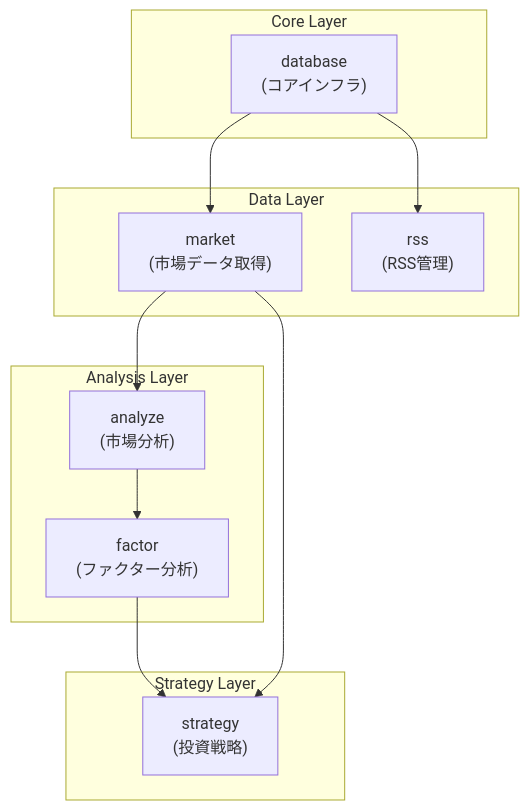
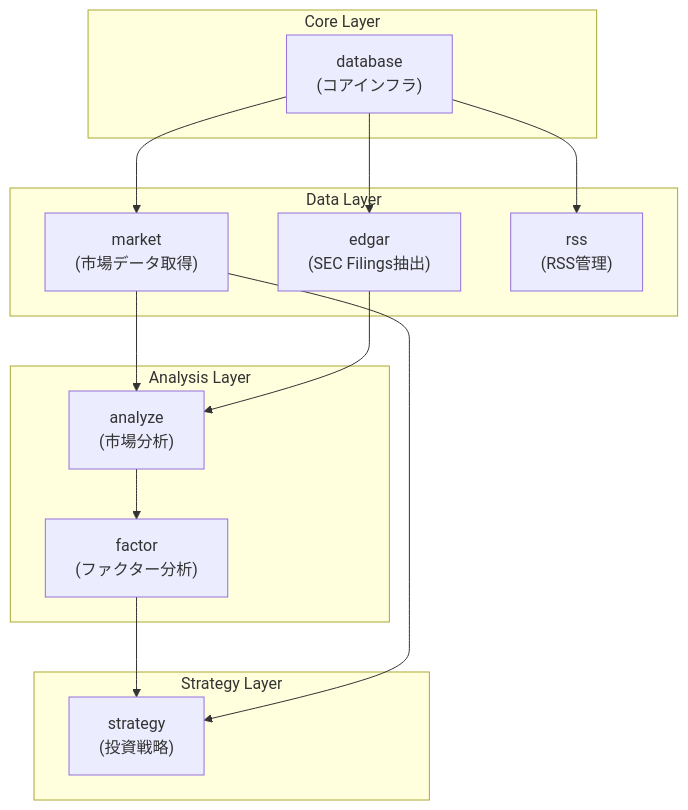
One commit to YH-05/finance changed the first of 5 diagrams in README.md. Above: the diagram before and after it, drawn with Mermaid. The commit also changed other lines of this file and 14 other files, not shown here.

````diff
--- a/README.md
+++ b/README.md
@@ -343,27 +344,30 @@
 ```mermaid
 graph TB
     subgraph "Core Layer"
         database["database<br/>(コアインフラ)"]
     end
 
     subgraph "Data Layer"
         market["market<br/>(市場データ取得)"]
+        edgar["edgar<br/>(SEC Filings抽出)"]
         rss["rss<br/>(RSS管理)"]
     end
 
     subgraph "Analysis Layer"
         analyze["analyze<br/>(市場分析)"]
         factor["factor<br/>(ファクター分析)"]
     end
 
     subgraph "Strategy Layer"
         strategy["strategy<br/>(投資戦略)"]
     end
 
     database --> market
+    database --> edgar
     database --> rss
     market --> analyze
+    edgar --> analyze
     analyze --> factor
     factor --> strategy
     market --> strategy
 ```
````
